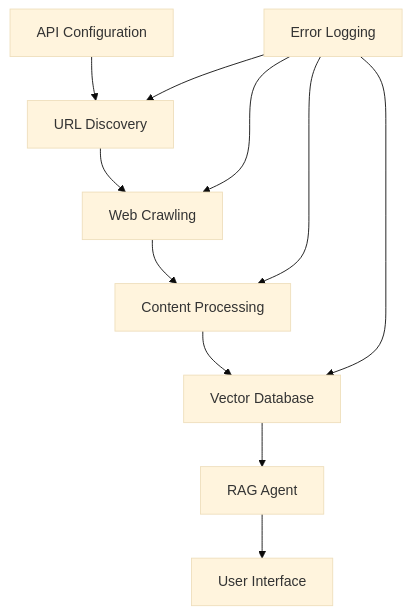
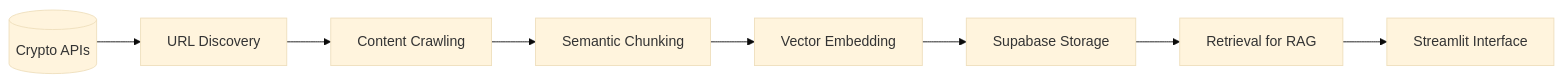
One commit to sulli365/crypto_crawling changed the third of 4 diagrams in memory-bank/systemPatterns.md. Above: the diagram before and after it, drawn with Mermaid (base theme). The commit also changed other lines of this file and 6 other files, not shown here.

````diff
--- a/memory-bank/systemPatterns.md
+++ b/memory-bank/systemPatterns.md
@@ -7,14 +35,10 @@
 ```mermaid
-flowchart TD
-    A[API Configuration] --> B[URL Discovery]
-    B --> C[Web Crawling]
-    C --> D[Content Processing]
-    D --> E[Vector Database]
-    E --> F[RAG Agent]
-    F --> G[User Interface]
-    
-    H[Error Logging] --> B
-    H --> C
-    H --> D
-    H --> E
+flowchart LR
+    APIs[(Crypto APIs)] --> Discover[URL Discovery]
+    Discover --> Crawl[Content Crawling]
+    Crawl --> Chunk[Semantic Chunking]
+    Chunk --> Embed[Vector Embedding]
+    Embed --> Store[Supabase Storage]
+    Store --> Retrieve[Retrieval for RAG]
+    Retrieve --> UI[Streamlit Interface]
 ```
````
